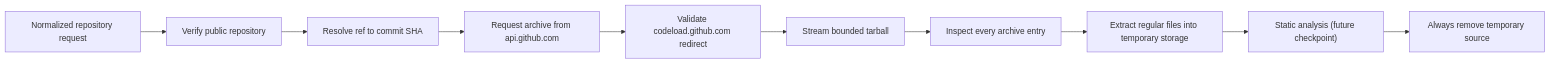
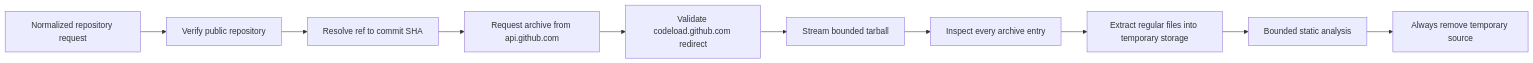
Before and after one commit to Sukhnoor1234/RepoLume: the diagram in docs/worker/repository-retrieval.md, drawn with Mermaid. The commit also changed other lines of this file and 22 other files, not shown here.

Commit message:
Add Python static analysis

````diff
--- a/docs/worker/repository-retrieval.md
+++ b/docs/worker/repository-retrieval.md
@@ -10,12 +10,12 @@
 ```mermaid
 flowchart LR
     A["Normalized repository request"] --> B["Verify public repository"]
     B --> C["Resolve ref to commit SHA"]
     C --> D["Request archive from api.github.com"]
     D --> E["Validate codeload.github.com redirect"]
     E --> F["Stream bounded tarball"]
     F --> G["Inspect every archive entry"]
     G --> H["Extract regular files into temporary storage"]
-    H --> I["Static analysis (future checkpoint)"]
+    H --> I["Bounded static analysis"]
     I --> J["Always remove temporary source"]
 ```
````
